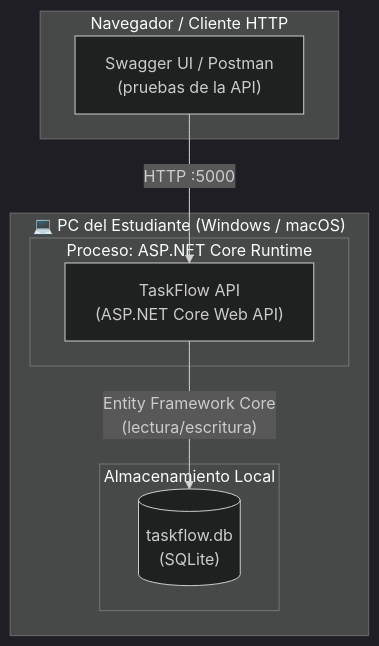
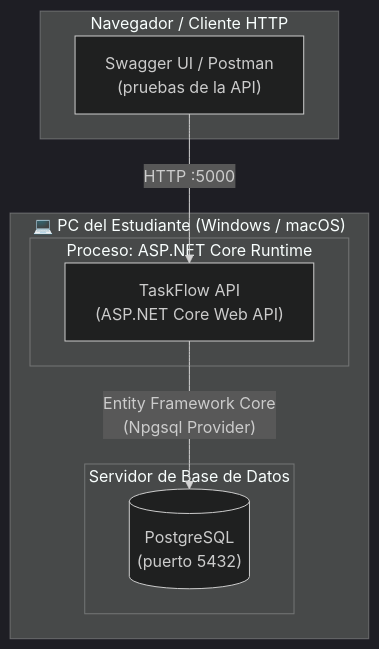
The third of 4 diagrams in ADR-02-Vistas-Arquitectonicas-TaskFlow.md (kiki-bot-sudo/Arq-Soft-TaskFlow-Enrique), drawn with Mermaid (dark theme) before and after one commit. The commit also changed other lines of this file, not shown here.

Commit message:
actualizacion del ADR2

````diff
--- a/ADR-02-Vistas-Arquitectonicas-TaskFlow.md
+++ b/ADR-02-Vistas-Arquitectonicas-TaskFlow.md
@@ -138,18 +138,18 @@
 ```mermaid
 graph TD
     subgraph PC_Estudiante["💻 PC del Estudiante (Windows / macOS)"]
         subgraph DotNet["Proceso: ASP.NET Core Runtime"]
             API["TaskFlow API\n(ASP.NET Core Web API)"]
         end
-        subgraph Datos["Almacenamiento Local"]
-            DB[("taskflow.db\n(SQLite)")]
+        subgraph Datos["Servidor de Base de Datos"]
+            DB[("PostgreSQL\n(puerto 5432)")]
         end
-        API -- "Entity Framework Core\n(lectura/escritura)" --> DB
+        API -- "Entity Framework Core\n(Npgsql Provider)" --> DB
     end
 
     subgraph Cliente["Navegador / Cliente HTTP"]
         Browser["Swagger UI / Postman\n(pruebas de la API)"]
     end
 
     Browser -- "HTTP :5000" --> API
 ```
````
